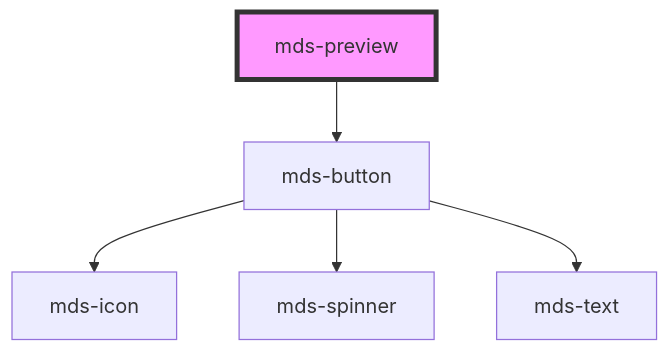
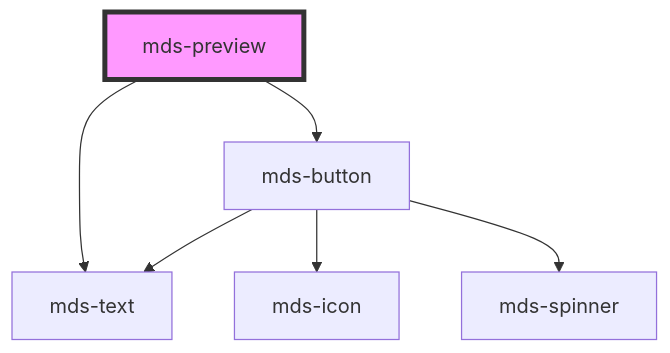
Before and after one commit to Albi1999/magma: the diagram in projects/stencil/src/components/mds-preview/readme.md, drawn with Mermaid. The commit also changed other lines of this file and 14 other files, not shown here.

First line of the commit message:
feat(magma): use mds-preview in the pattern edit-with-preview

````diff
--- a/projects/stencil/src/components/mds-preview/readme.md
+++ b/projects/stencil/src/components/mds-preview/readme.md
@@ -67,8 +321,9 @@
 ```mermaid
 graph TD;
+  mds-preview --> mds-text
   mds-preview --> mds-button
   mds-button --> mds-icon
   mds-button --> mds-spinner
   mds-button --> mds-text
   style mds-preview fill:#f9f,stroke:#333,stroke-width:4px
 ```
````
